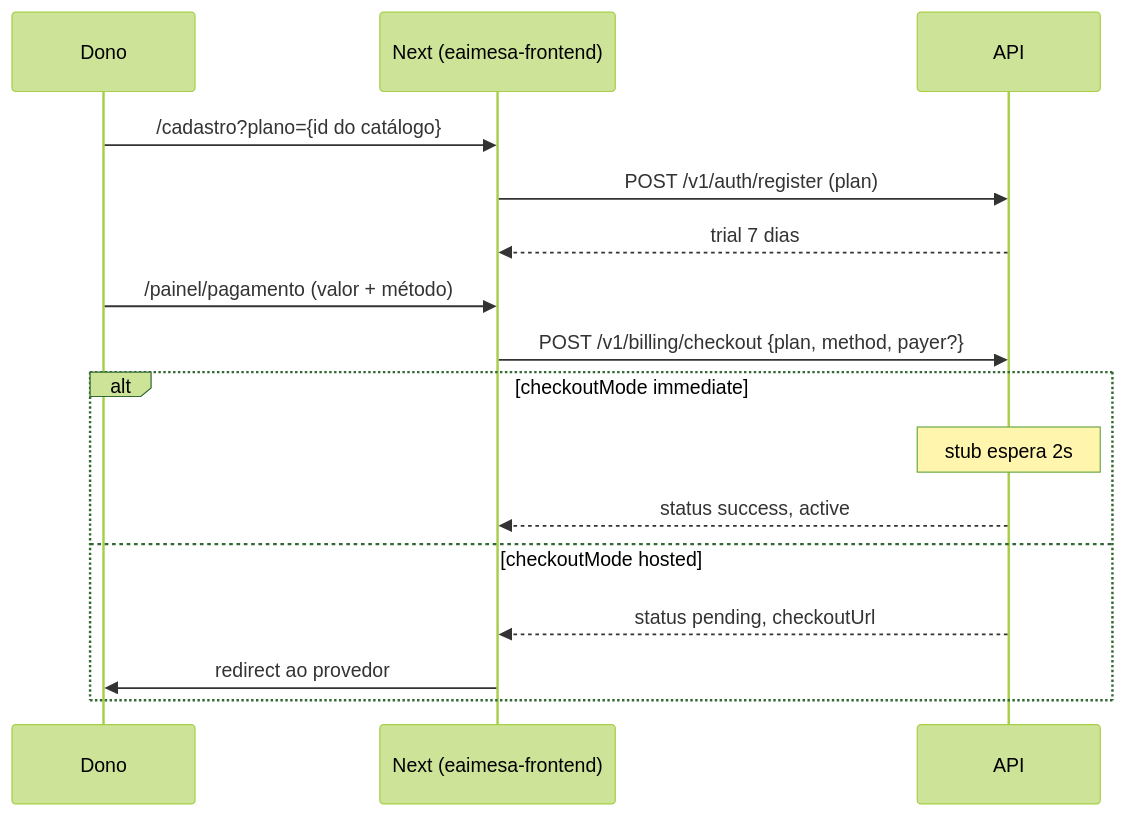
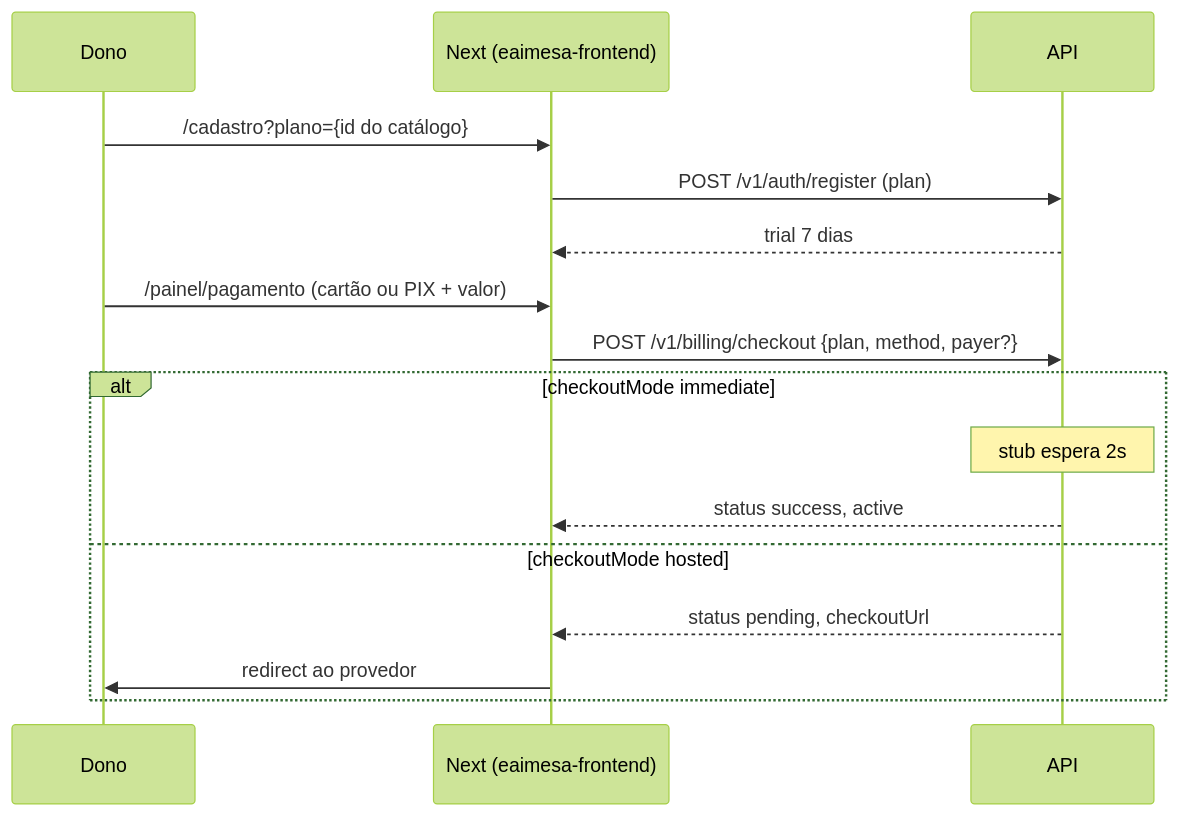
One commit to filiperamosds/eaimesa-frontend changed the seventh of 7 diagrams in docs/product/fluxos.md. Above: the diagram before and after it, drawn with Mermaid (forest theme). The commit also changed other lines of this file and 8 other files, not shown here.

````diff
--- a/docs/product/fluxos.md
+++ b/docs/product/fluxos.md
@@ -171,19 +171,19 @@
 ```mermaid
 sequenceDiagram
   participant D as Dono
   participant W as Next (eaimesa-frontend)
   participant API as API
 
   D->>W: /cadastro?plano={id do catálogo}
   W->>API: POST /v1/auth/register (plan)
   API-->>W: trial 7 dias
-  D->>W: /painel/pagamento (valor + método)
+  D->>W: /painel/pagamento (cartão ou PIX + valor)
   W->>API: POST /v1/billing/checkout {plan, method, payer?}
   alt checkoutMode immediate
     Note over API: stub espera 2s
     API-->>W: status success, active
   else checkoutMode hosted
     API-->>W: status pending, checkoutUrl
     W->>D: redirect ao provedor
   end
 ```
````
